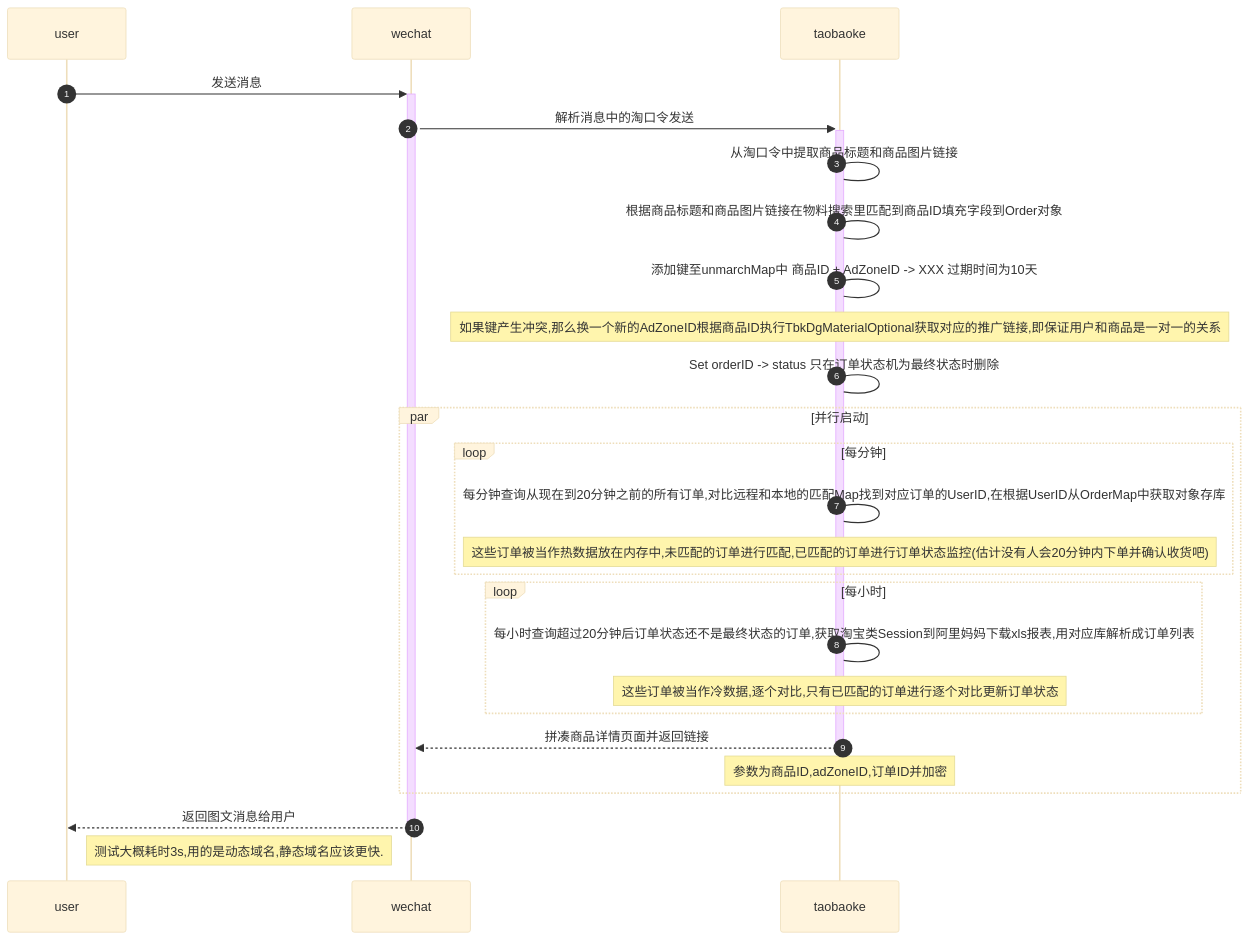
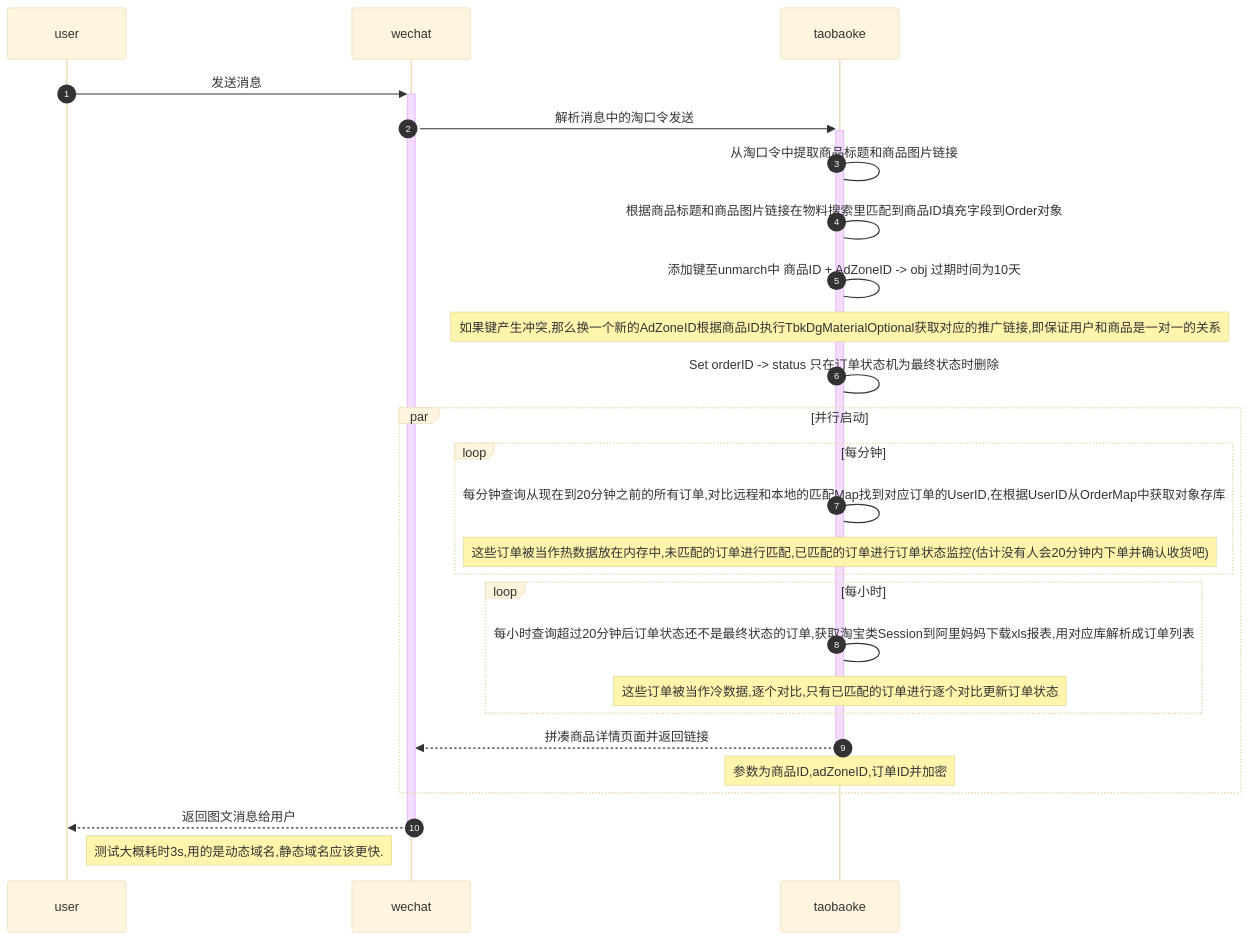
The diagram in docs/淘宝客处理订单流程.md (Naist4869/taobaoke), drawn with Mermaid (base theme) before and after one commit. The commit also changed 5 other files, not shown here.

````diff
--- a/docs/淘宝客处理订单流程.md
+++ b/docs/淘宝客处理订单流程.md
@@ -1,25 +1,25 @@
 ```mermaid
 sequenceDiagram
 autonumber
 user ->>+ wechat : 发送消息
 wechat ->>+ taobaoke : 解析消息中的淘口令发送
 taobaoke ->taobaoke : 从淘口令中提取商品标题和商品图片链接
 taobaoke ->taobaoke : 根据商品标题和商品图片链接在物料搜索里匹配到商品ID填充字段到Order对象
-taobaoke -> taobaoke :添加键至unmarchMap中 商品ID + AdZoneID -> XXX  过期时间为10天
+taobaoke -> taobaoke :添加键至unmarch中 商品ID + AdZoneID -> obj  过期时间为10天
 note over taobaoke : 如果键产生冲突,那么换一个新的AdZoneID根据商品ID执行TbkDgMaterialOptional获取对应的推广链接,即保证用户和商品是一对一的关系
 taobaoke -> taobaoke :Set orderID -> status  只在订单状态机为最终状态时删除
 par 并行启动
 loop 每分钟
 taobaoke ->taobaoke : 每分钟查询从现在到20分钟之前的所有订单,对比远程和本地的匹配Map找到对应订单的UserID,在根据UserID从OrderMap中获取对象存库
 note over taobaoke : 这些订单被当作热数据放在内存中,未匹配的订单进行匹配,已匹配的订单进行订单状态监控(估计没有人会20分钟内下单并确认收货吧)
 end
 loop 每小时
 taobaoke ->taobaoke: 每小时查询超过20分钟后订单状态还不是最终状态的订单,获取淘宝类Session到阿里妈妈下载xls报表,用对应库解析成订单列表
 note over taobaoke : 这些订单被当作冷数据,逐个对比,只有已匹配的订单进行逐个对比更新订单状态
 end
 taobaoke -->>- wechat : 拼凑商品详情页面并返回链接
 note over taobaoke : 参数为商品ID,adZoneID,订单ID并加密
 end
 wechat -->>- user : 返回图文消息给用户
 note right of  user : 测试大概耗时3s,用的是动态域名,静态域名应该更快.
 ```
````
